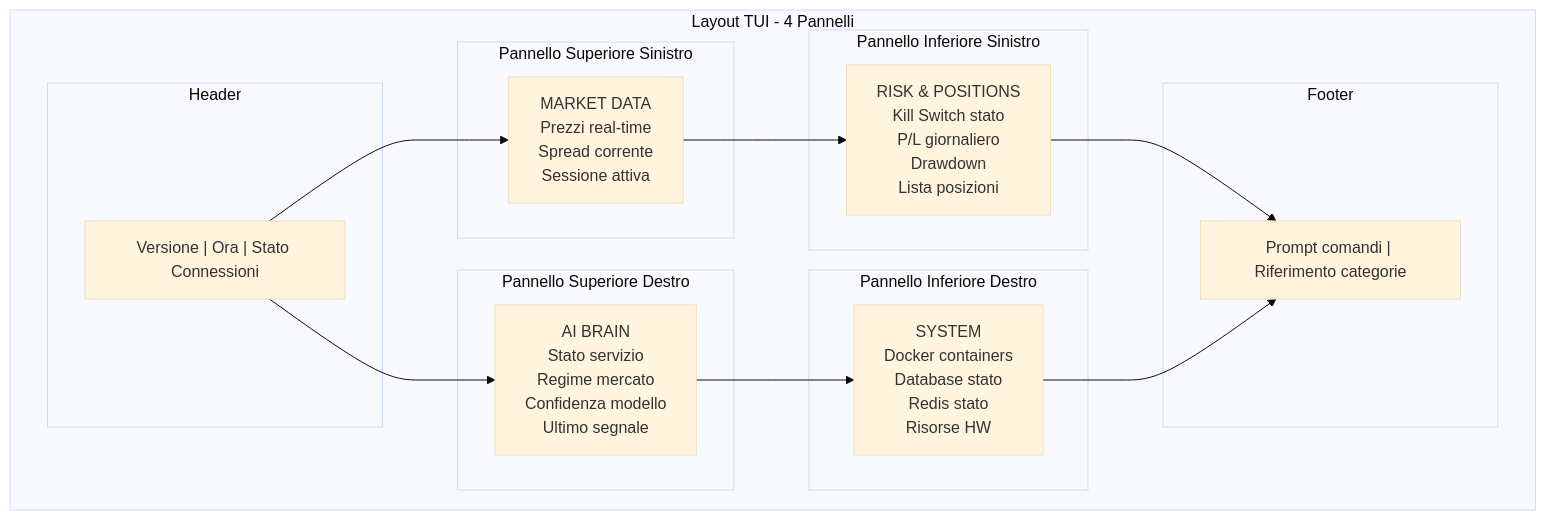
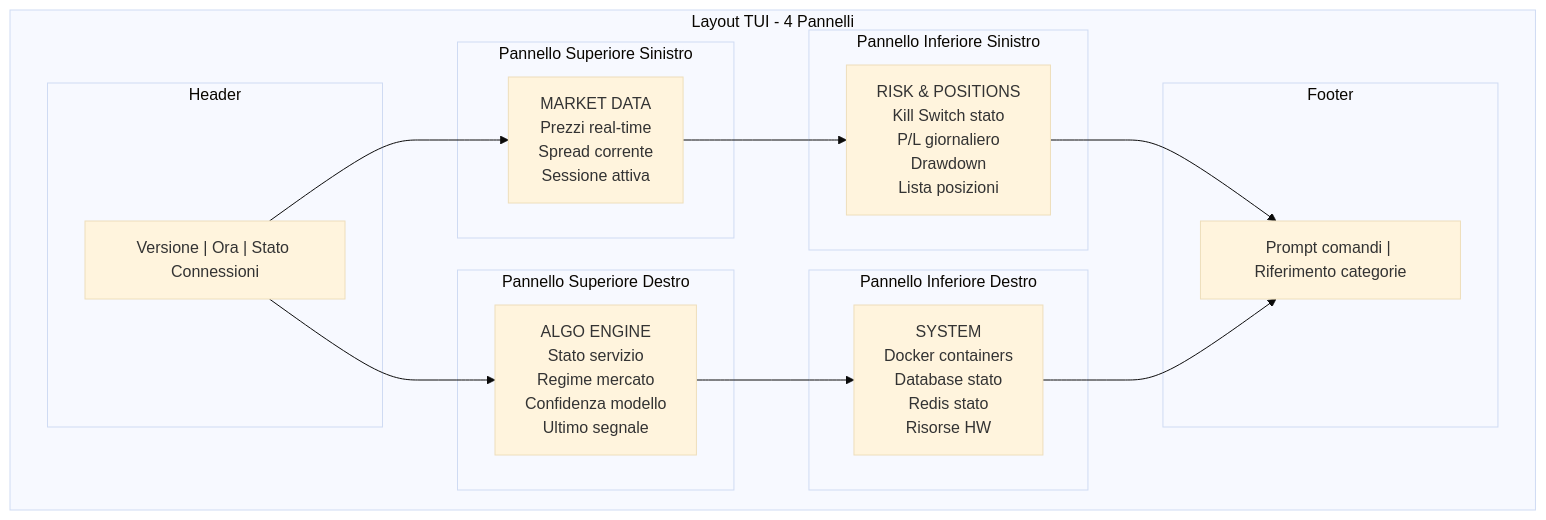
One commit to renanaugustomacena-ux/invest-smart changed the fourth of 22 diagrams in docs/architecture/sistema-italiano/06_CONSOLE_OPERATIVA.md. Above: the diagram before and after it, drawn with Mermaid (base theme). The commit also changed other lines of this file, not shown here.

````diff
--- a/docs/architecture/sistema-italiano/06_CONSOLE_OPERATIVA.md
+++ b/docs/architecture/sistema-italiano/06_CONSOLE_OPERATIVA.md
@@ -173,35 +173,35 @@
 ```mermaid
 graph TD
     subgraph "Layout TUI - 4 Pannelli"
         subgraph "Header"
             A["Versione | Ora | Stato Connessioni"]
         end
 
         subgraph "Pannello Superiore Sinistro"
             B["MARKET DATA<br/>Prezzi real-time<br/>Spread corrente<br/>Sessione attiva"]
         end
 
         subgraph "Pannello Superiore Destro"
-            C["AI BRAIN<br/>Stato servizio<br/>Regime mercato<br/>Confidenza modello<br/>Ultimo segnale"]
+            C["ALGO ENGINE<br/>Stato servizio<br/>Regime mercato<br/>Confidenza modello<br/>Ultimo segnale"]
         end
 
         subgraph "Pannello Inferiore Sinistro"
             D["RISK & POSITIONS<br/>Kill Switch stato<br/>P/L giornaliero<br/>Drawdown<br/>Lista posizioni"]
         end
 
         subgraph "Pannello Inferiore Destro"
             E["SYSTEM<br/>Docker containers<br/>Database stato<br/>Redis stato<br/>Risorse HW"]
         end
 
         subgraph "Footer"
             F["Prompt comandi | Riferimento categorie"]
         end
     end
 
     A --> B
     A --> C
     B --> D
     C --> E
     D --> F
     E --> F
 ```
````
